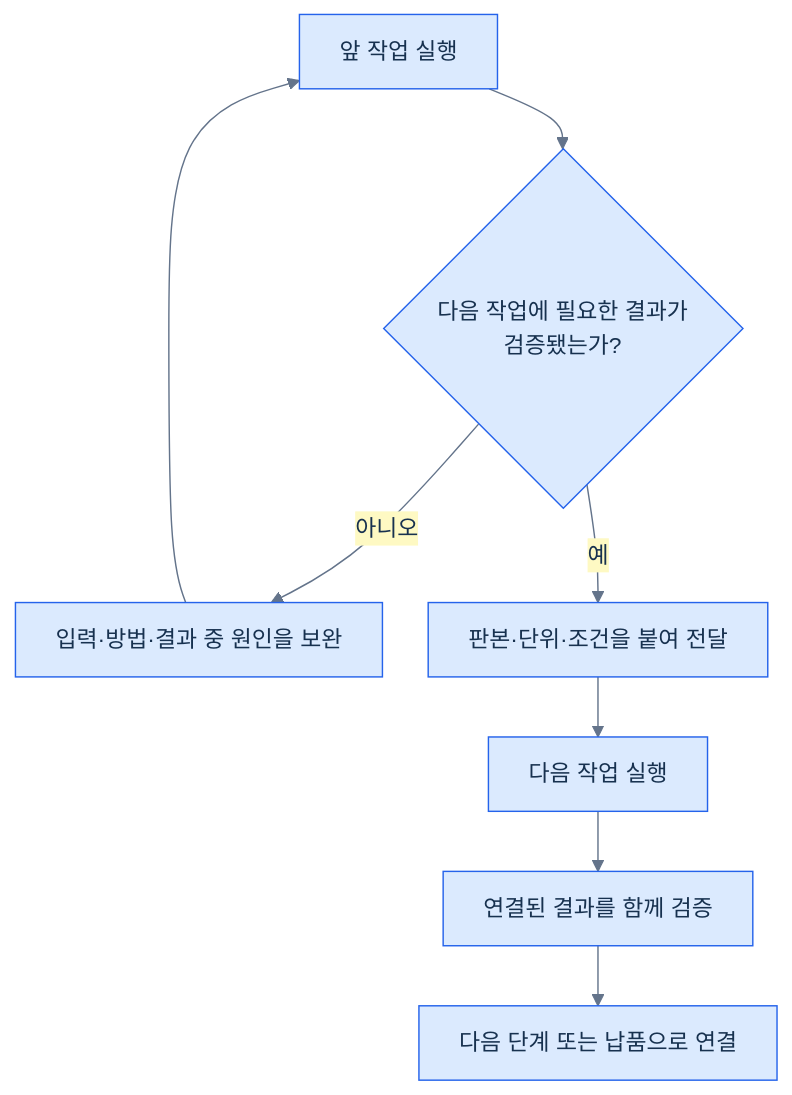
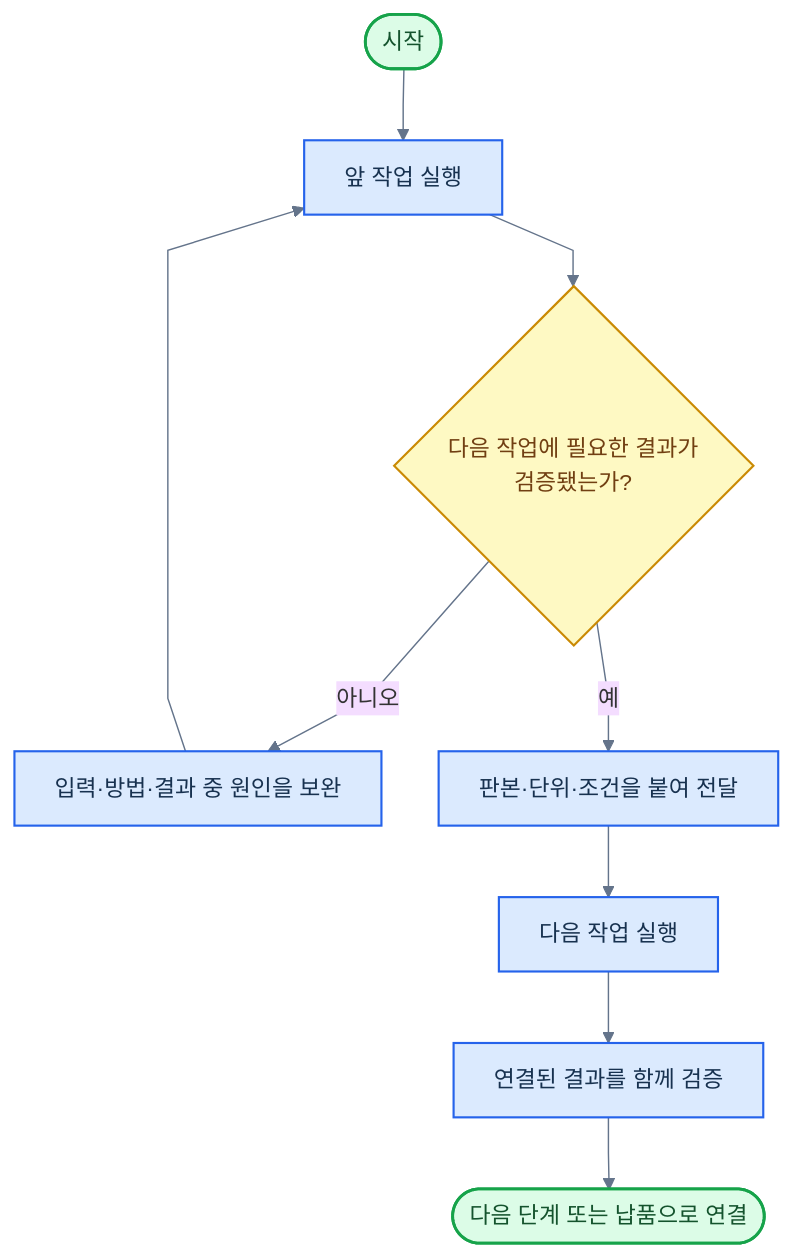
The eighth of 17 diagrams in 전문가 에이전트 정의 2.md (harisbaguette/expert), drawn with Mermaid before and after one commit. The commit also changed other lines of this file, not shown here.

````diff
--- a/전문가 에이전트 정의 2.md
+++ b/전문가 에이전트 정의 2.md
@@ -279,9 +365,21 @@
 ```mermaid
-%%{init: {"theme": "base", "themeVariables": {"fontFamily": "Arial, sans-serif", "fontSize": "16px", "primaryColor": "#dbeafe", "primaryTextColor": "#17314f", "primaryBorderColor": "#2563eb", "lineColor": "#64748b", "secondaryColor": "#fef9c3", "tertiaryColor": "#f8fafc"}, "flowchart": {"curve": "basis", "nodeSpacing": 32, "rankSpacing": 42, "padding": 14, "wrappingWidth": 240, "useMaxWidth": true}}}%%
+%%{init: {"theme":"base","themeVariables":{"fontFamily":"Arial, sans-serif","fontSize":"16px","lineColor":"#64748b"},"flowchart":{"curve":"linear","nodeSpacing":40,"rankSpacing":50,"padding":14,"wrappingWidth":240,"useMaxWidth":true}}}%%
 flowchart TB
-    A["앞 작업 실행"] --> B{"다음 작업에 필요한 결과가<br/>검증됐는가?"}
-    B -->|아니오| C["입력·방법·결과 중 원인을 보완"] --> A
-    B -->|예| D["판본·단위·조건을 붙여 전달"]
-    D --> E["다음 작업 실행"] --> F["연결된 결과를 함께 검증"]
-    F --> G["다음 단계 또는 납품으로 연결"]
+    S(["시작"])
+    A["앞 작업 실행"]
+    B{"다음 작업에 필요한 결과가<br/>검증됐는가?"}
+    C["입력·방법·결과 중 원인을 보완"]
+    D["판본·단위·조건을 붙여 전달"]
+    E["다음 작업 실행"]
+    F["연결된 결과를 함께 검증"]
+    G(["다음 단계 또는 납품으로 연결"])
+    S --> A --> B
+    B -->|아니오| C --> A
+    B -->|예| D --> E --> F --> G
+    classDef default fill:#dbeafe,stroke:#2563eb,stroke-width:1.5px,color:#17314f
+    classDef term fill:#dcfce7,stroke:#16a34a,stroke-width:2px,color:#14532d
+    classDef stop fill:#fee2e2,stroke:#dc2626,stroke-width:2px,color:#7f1d1d
+    classDef dec fill:#fef9c3,stroke:#ca8a04,stroke-width:1.5px,color:#713f12
+    class S,G term
+    class B dec
 ```
````
